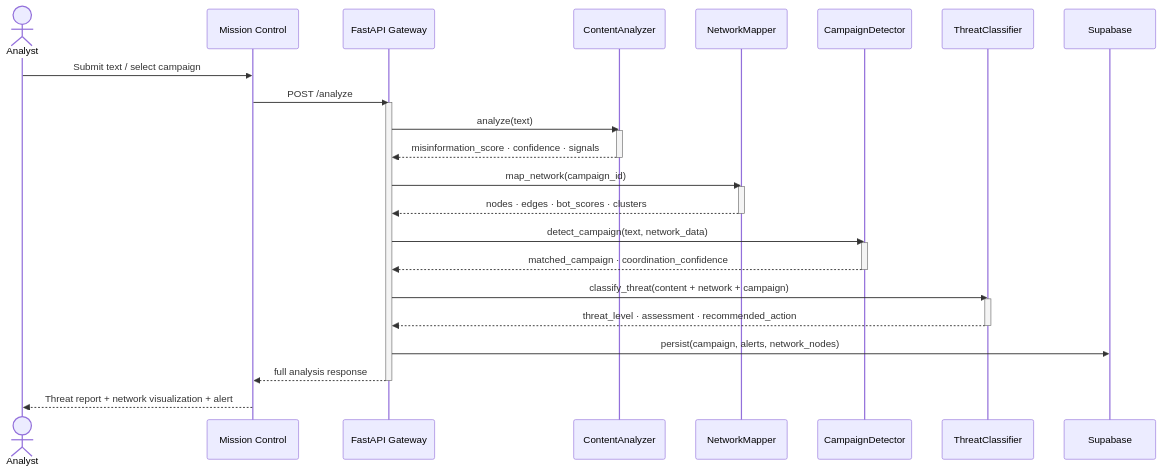
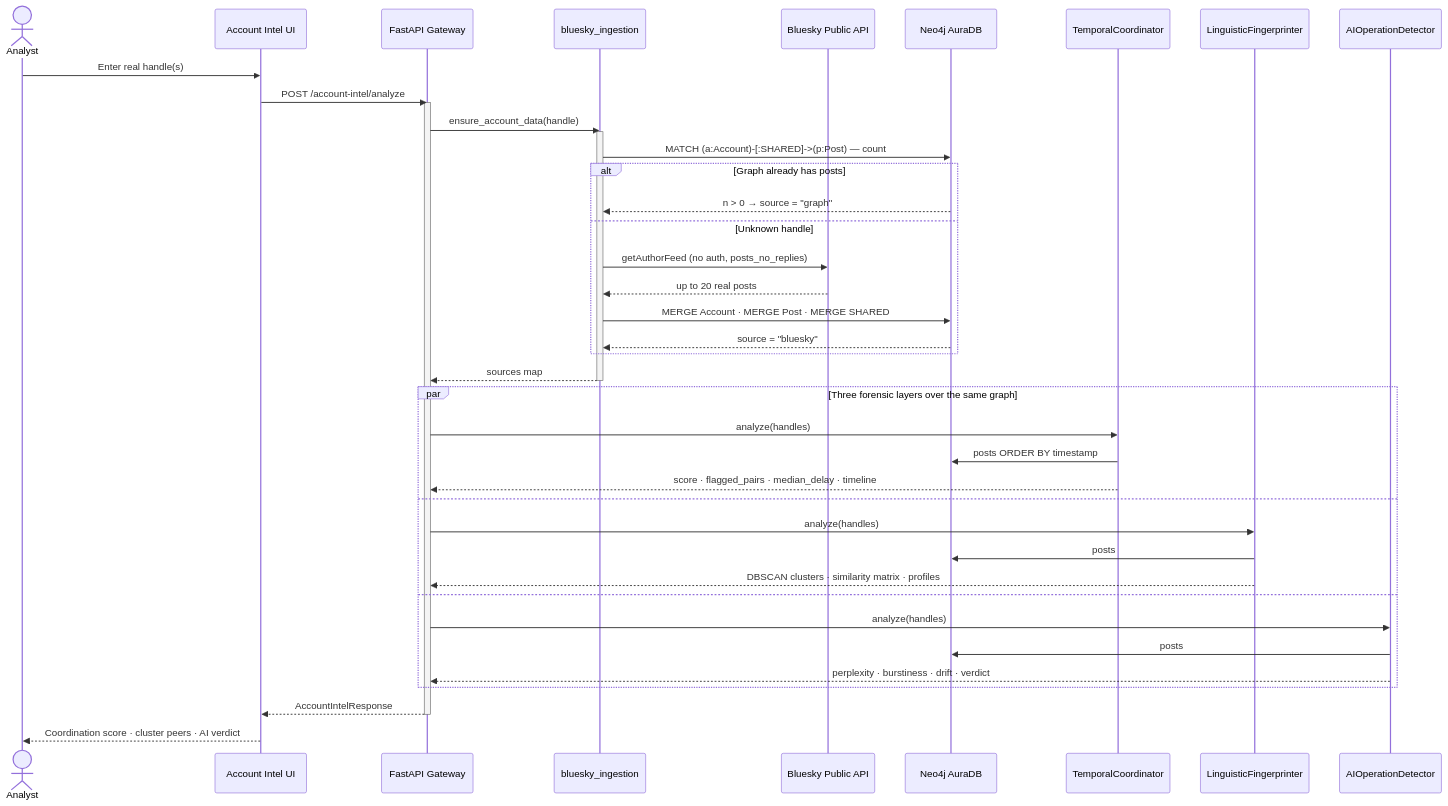
One commit to uttampreet-dev/ShadowTrace changed the third of 9 diagrams in docs/Architecture_Diagram.md. Above: the diagram before and after it, drawn with Mermaid. The commit also changed other lines of this file and 3 other files, not shown here.

````diff
--- a/docs/Architecture_Diagram.md
+++ b/docs/Architecture_Diagram.md
@@ -71,42 +148,48 @@
 ```mermaid
 sequenceDiagram
     actor Analyst
-    participant UI as Mission Control
+    participant UI as Account Intel UI
     participant GW as FastAPI Gateway
-    participant CA as ContentAnalyzer
-    participant NM as NetworkMapper
-    participant CD as CampaignDetector
-    participant TC as ThreatClassifier
-    participant DB as Supabase
+    participant BSI as bluesky_ingestion
+    participant BS as Bluesky Public API
+    participant DB as Neo4j AuraDB
+    participant TCO as TemporalCoordinator
+    participant LF as LinguisticFingerprinter
+    participant AIO as AIOperationDetector
 
-    Analyst->>UI: Submit text / select campaign
-    UI->>GW: POST /analyze
+    Analyst->>UI: Enter real handle(s)
+    UI->>GW: POST /account-intel/analyze
 
     activate GW
+    GW->>BSI: ensure_account_data(handle)
+    activate BSI
+    BSI->>DB: MATCH (a:Account)-[:SHARED]->(p:Post) — count
+    alt Graph already has posts
+        DB-->>BSI: n > 0 → source = "graph"
+    else Unknown handle
+        BSI->>BS: getAuthorFeed (no auth, posts_no_replies)
+        BS-->>BSI: up to 20 real posts
+        BSI->>DB: MERGE Account · MERGE Post · MERGE SHARED
+        DB-->>BSI: source = "bluesky"
+    end
+    BSI-->>GW: sources map
+    deactivate BSI
 
-    GW->>CA: analyze(text)
-    activate CA
-    CA-->>GW: misinformation_score · confidence · signals
-    deactivate CA
+    par Three forensic layers over the same graph
+        GW->>TCO: analyze(handles)
+        TCO->>DB: posts ORDER BY timestamp
+        TCO-->>GW: score · flagged_pairs · median_delay · timeline
+    and
+        GW->>LF: analyze(handles)
+        LF->>DB: posts
+        LF-->>GW: DBSCAN clusters · similarity matrix · profiles
+    and
+        GW->>AIO: analyze(handles)
+        AIO->>DB: posts
+        AIO-->>GW: perplexity · burstiness · drift · verdict
+    end
 
-    GW->>NM: map_network(campaign_id)
-    activate NM
-    NM-->>GW: nodes · edges · bot_scores · clusters
-    deactivate NM
-
-    GW->>CD: detect_campaign(text, network_data)
-    activate CD
-    CD-->>GW: matched_campaign · coordination_confidence
-    deactivate CD
-
-    GW->>TC: classify_threat(content + network + campaign)
-    activate TC
-    TC-->>GW: threat_level · assessment · recommended_action
-    deactivate TC
-
-    GW->>DB: persist(campaign, alerts, network_nodes)
-    GW-->>UI: full analysis response
+    GW-->>UI: AccountIntelResponse
     deactivate GW
-
-    UI-->>Analyst: Threat report + network visualization + alert
+    UI-->>Analyst: Coordination score · cluster peers · AI verdict
 ```
````
